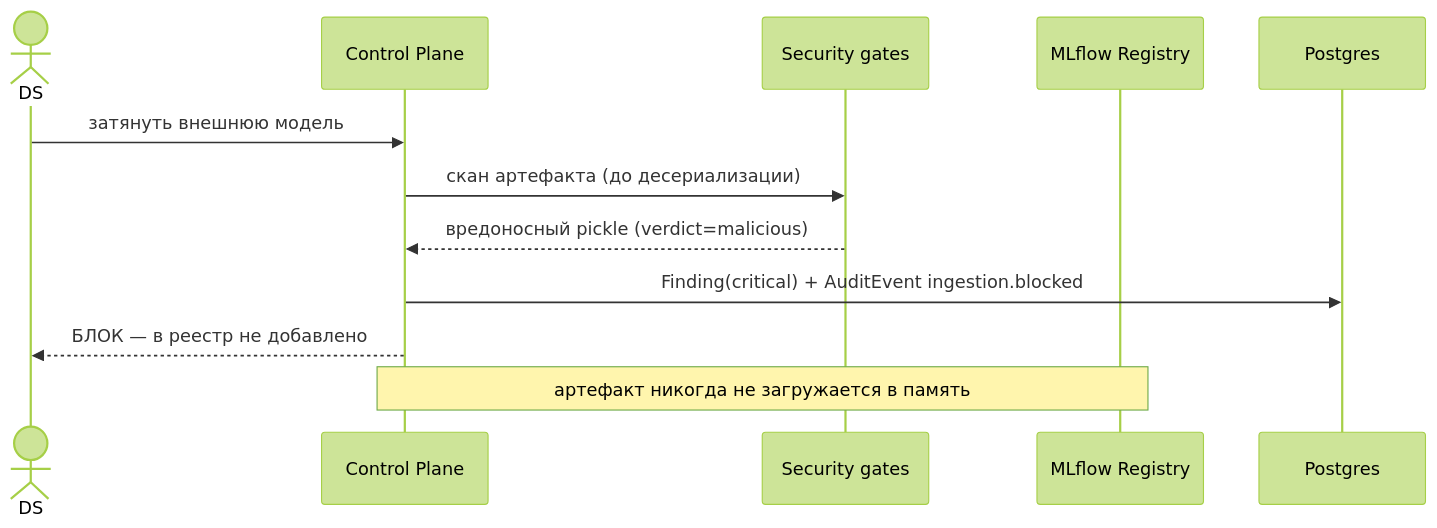
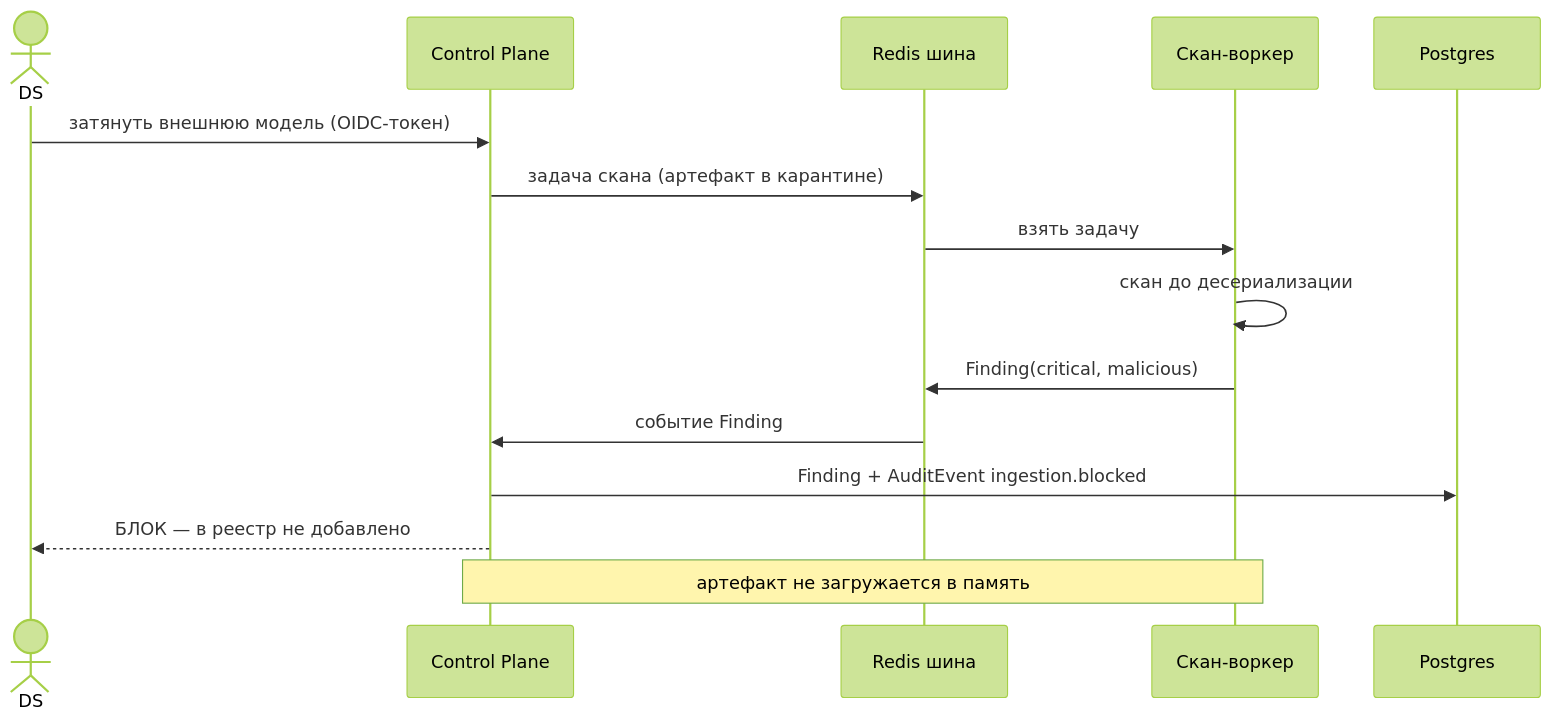
The fifth of 8 diagrams in docs/architecture.md (dmagog/Sirius-Argus), drawn with Mermaid (forest theme) before and after one commit. The commit also changed other lines of this file and 5 other files, not shown here.

````diff
--- a/docs/architecture.md
+++ b/docs/architecture.md
@@ -267,15 +269,18 @@
 ```mermaid
 sequenceDiagram
     actor DS
     participant CP as Control Plane
-    participant SEC as Security gates
-    participant REG as MLflow Registry
+    participant BUS as Redis шина
+    participant SEC as Скан-воркер
     participant DB as Postgres
 
-    DS->>CP: затянуть внешнюю модель
-    CP->>SEC: скан артефакта (до десериализации)
-    SEC-->>CP: вредоносный pickle (verdict=malicious)
-    CP->>DB: Finding(critical) + AuditEvent ingestion.blocked
+    DS->>CP: затянуть внешнюю модель (OIDC-токен)
+    CP->>BUS: задача скана (артефакт в карантине)
+    BUS->>SEC: взять задачу
+    SEC->>SEC: скан до десериализации
+    SEC->>BUS: Finding(critical, malicious)
+    BUS->>CP: событие Finding
+    CP->>DB: Finding + AuditEvent ingestion.blocked
     CP-->>DS: БЛОК — в реестр не добавлено
-    Note over CP,REG: артефакт никогда не загружается в память
+    Note over CP,SEC: артефакт не загружается в память
 ```
````
